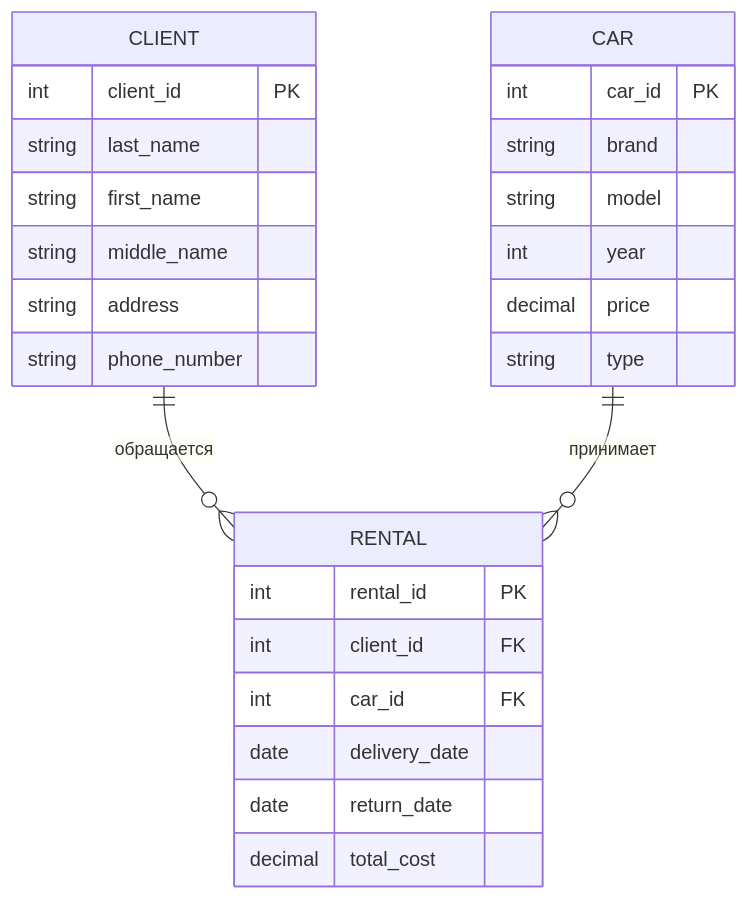
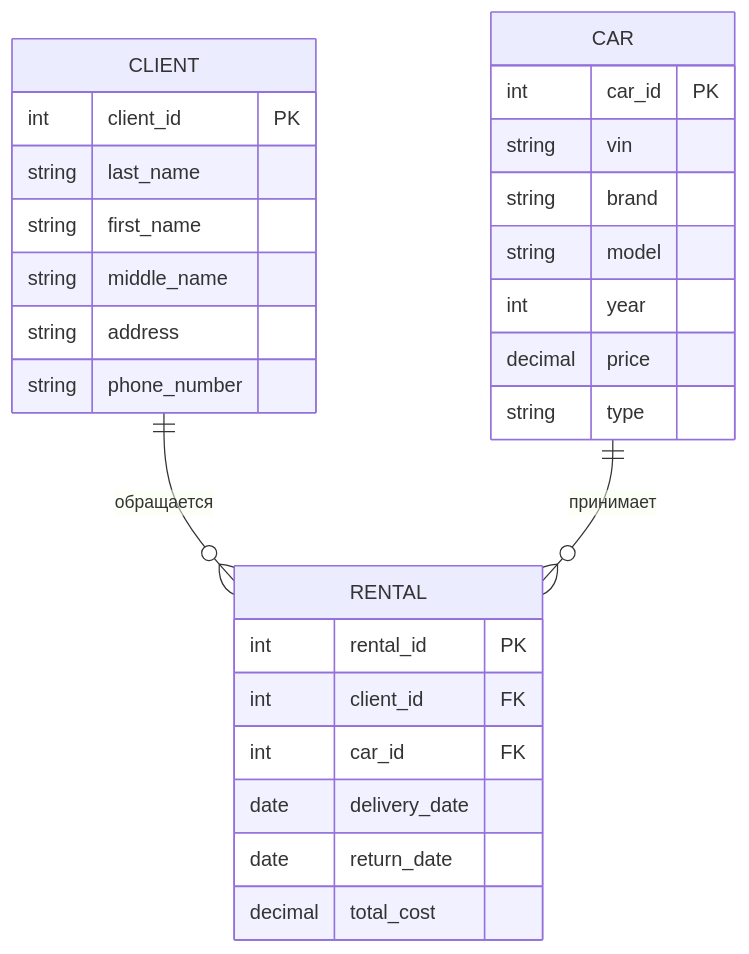
The first of 2 diagrams in README.md (VoGPro/OOP), drawn with Mermaid before and after one commit. The commit also changed other lines of this file, not shown here.

Commit message:
Added vin and CarValidator

````diff
--- a/README.md
+++ b/README.md
@@ -3,32 +3,33 @@
 ```mermaid
 erDiagram
     CLIENT ||--o{ RENTAL : "обращается"
     CAR ||--o{ RENTAL : "принимает"
 
     CLIENT {
         int client_id PK
         string last_name
         string first_name
         string middle_name
         string address
         string phone_number
     }
 
     CAR {
         int car_id PK
+        string vin
         string brand
         string model
         int year
         decimal price
         string type
     }
 
     RENTAL {
         int rental_id PK
         int client_id FK
         int car_id FK
         date delivery_date
         date return_date
         decimal total_cost
     }
 ```
````
